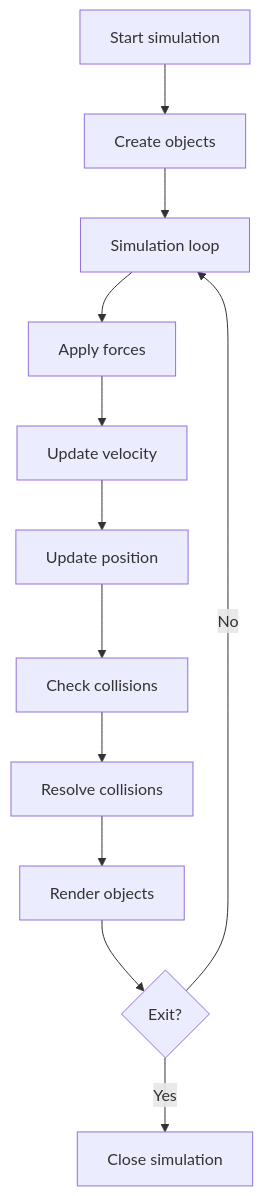
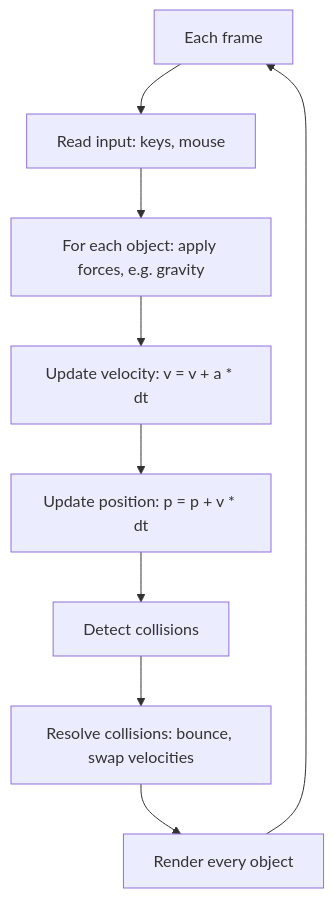
The diagram in labs/lab-13-physics-sandbox.md (rmalkevy/Programming-Practice-Projects), drawn with Mermaid before and after one commit. The commit also changed other lines of this file and 3 other files, not shown here.

````diff
--- a/labs/lab-13-physics-sandbox.md
+++ b/labs/lab-13-physics-sandbox.md
@@ -38,14 +48,11 @@
 ```mermaid
 flowchart TD
-    A[Start simulation] --> B[Create objects]
-    B --> C[Simulation loop]
-    C --> D[Apply forces]
-    D --> E[Update velocity]
-    E --> F[Update position]
-    F --> G[Check collisions]
-    G --> H[Resolve collisions]
-    H --> I[Render objects]
-    I --> J{Exit?}
-    J -- No --> C
-    J -- Yes --> K[Close simulation]
+    A[Each frame] --> B[Read input: keys, mouse]
+    B --> C[For each object: apply forces, e.g. gravity]
+    C --> D[Update velocity: v = v + a * dt]
+    D --> E[Update position: p = p + v * dt]
+    E --> F[Detect collisions]
+    F --> G[Resolve collisions: bounce, swap velocities]
+    G --> H[Render every object]
+    H --> A
 ```
````
